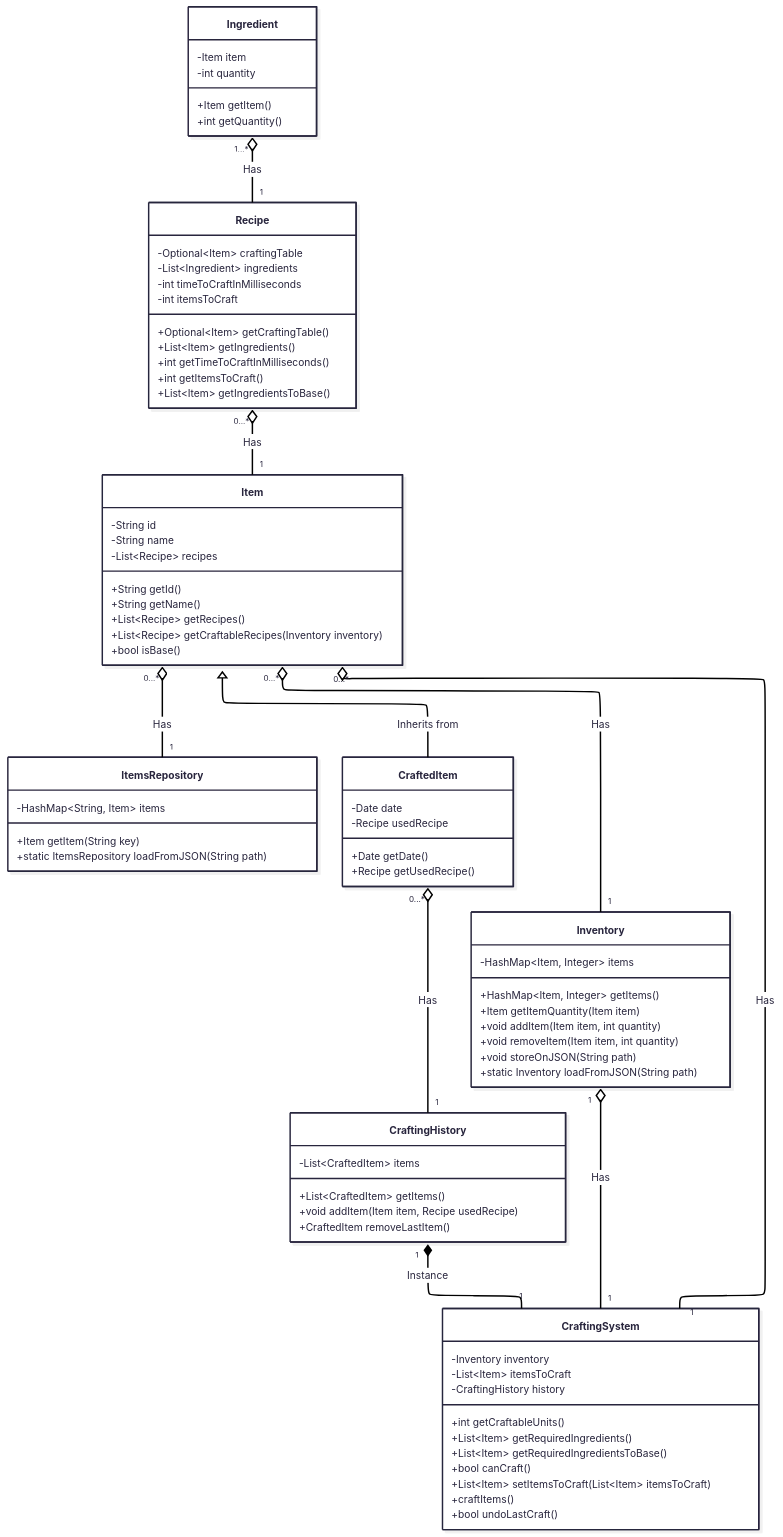
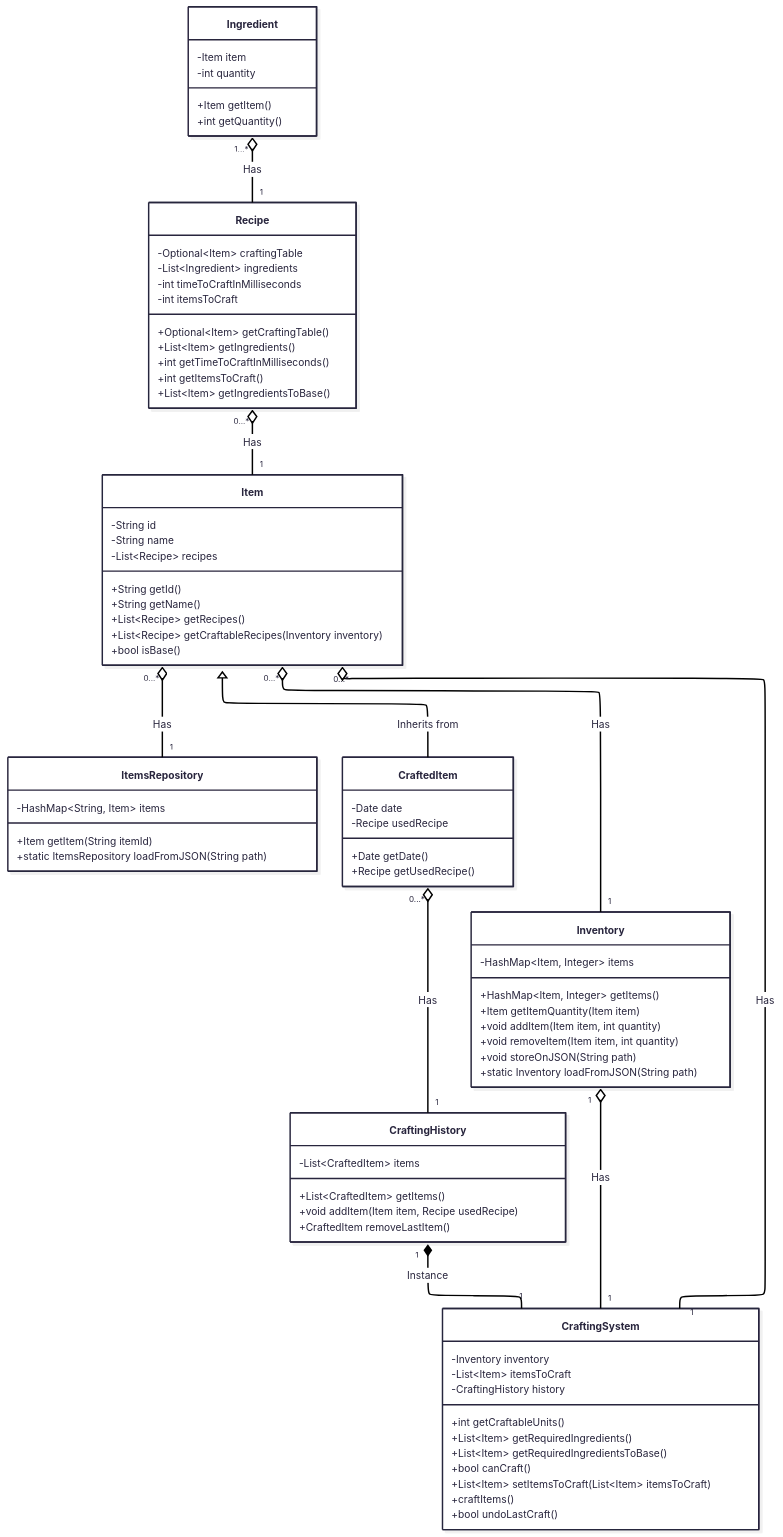
The first of 2 diagrams in README.md (hozlucas28/Java-Practical-Work-2025), drawn with Mermaid before and after one commit. The commit also changed 2 other files, not shown here.

Commit message:
chore(ItemsRepository): add throw exception and complete tests

```diff
--- a/README.md
+++ b/README.md
@@ -107,7 +107,7 @@
     class ItemsRepository {
 	    -HashMap~String, Item~ items
 
-	    +Item getItem(String key)
+	    +Item getItem(String itemId)
         +static ItemsRepository loadFromJSON(String path)
     }
 
```
